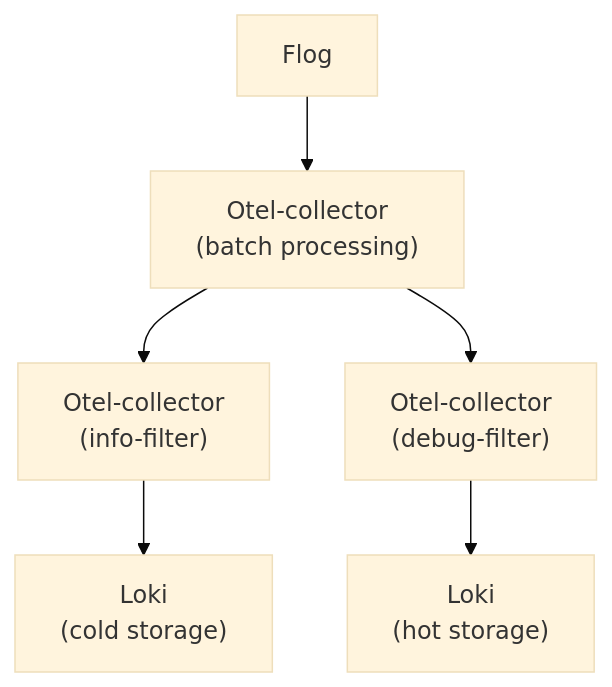
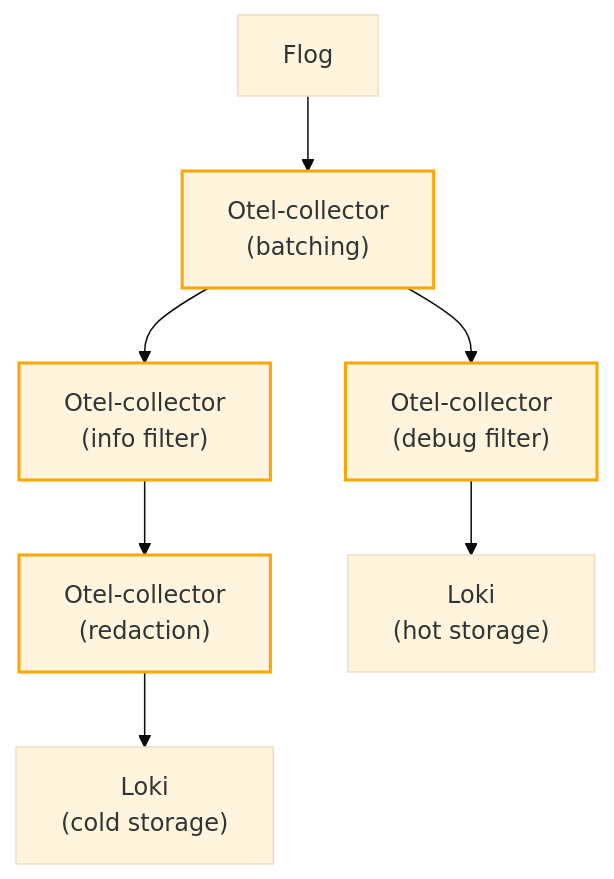
One commit to canonical/observability-stack changed the first of 2 diagrams in docs/how-to/chaining-otelcols.md. Above: the diagram before and after it, drawn with Mermaid (base theme). The commit also changed other lines of this file and 2 other files, not shown here.

Commit message:
chore: More context and diagrams for docs

````diff
--- a/docs/how-to/chaining-otelcols.md
+++ b/docs/how-to/chaining-otelcols.md
@@ -7,11 +10,16 @@
 ```{mermaid}
 flowchart TB
+
 flog[Flog] --> fan-out
-fan-out["Otel-collector<br>(batch processing)"]
+fan-out["Otel-collector<br>(batching)"]
 fan-out --> warn
 fan-out --> info
-warn["Otel-collector<br>(info-filter)"] --> loki-cold
-info["Otel-collector<br>(debug-filter)"] --> loki-hot
+warn["Otel-collector<br>(info filter)"] --> redact
+redact["Otel-collector<br>(redaction)"] --> loki-cold
+info["Otel-collector<br>(debug filter)"] --> loki-hot
 loki-hot["Loki<br>(hot storage)"]
 loki-cold["Loki<br>(cold storage)"]
+
+class fan-out,redact,warn,info thickStroke;
+classDef thickStroke stroke-width:2px, stroke:#FFA500;
 ```
````
